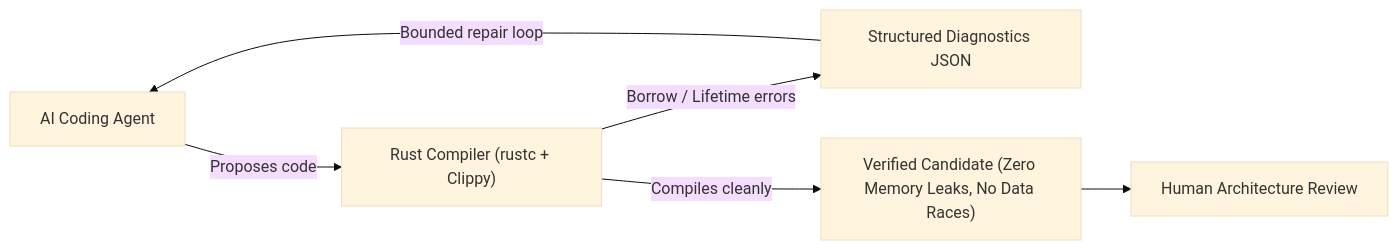
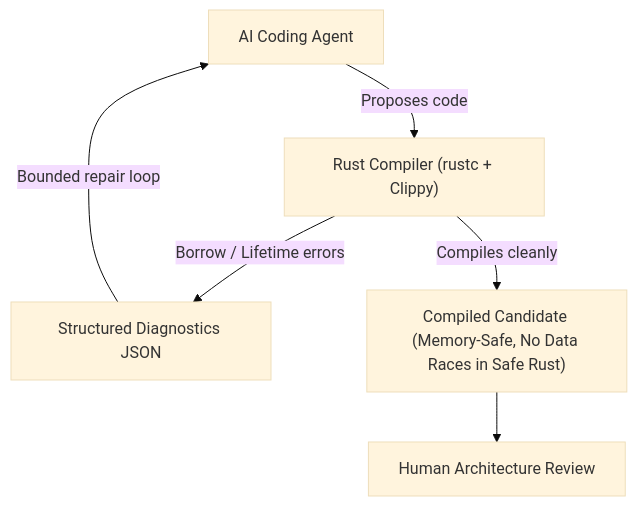
Before and after one commit to marcelomiyake/marcelomiyake.github.io: the second of 2 diagrams in _posts/2026-10-08-ai-adrs-rust-adoption.markdown, drawn with Mermaid (base theme). The commit also changed other lines of this file and 21 other files, not shown here.

First line of the commit message:
fix(blog): update facts, make diagrams legible, and align translations

````diff
--- a/_posts/2026-10-08-ai-adrs-rust-adoption.markdown
+++ b/_posts/2026-10-08-ai-adrs-rust-adoption.markdown
@@ -164,10 +164,10 @@
 ```mermaid
-flowchart LR
+flowchart TD
     accTitle: The compiler-as-harness repair loop for AI-generated Rust
     accDescr: An AI assistant proposes Rust code. The Rust compiler runs borrow checker and type analysis. Diagnostic errors feed back directly into the agent for automated repair, delivering verified memory safety before human review.
     A["AI Coding Agent"] -->|Proposes code| C["Rust Compiler (rustc + Clippy)"]
     C -->|Borrow / Lifetime errors| F["Structured Diagnostics JSON"]
     F -->|Bounded repair loop| A
-    C -->|Compiles cleanly| V["Verified Candidate (Zero Memory Leaks, No Data Races)"]
+    C -->|Compiles cleanly| V["Compiled Candidate (Memory-Safe, No Data Races in Safe Rust)"]
     V --> H["Human Architecture Review"]
 ```
````
